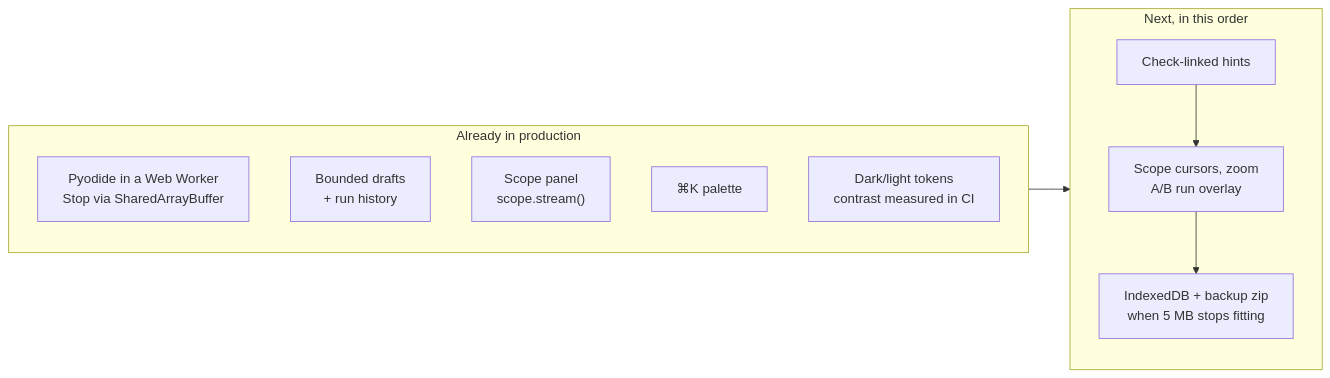
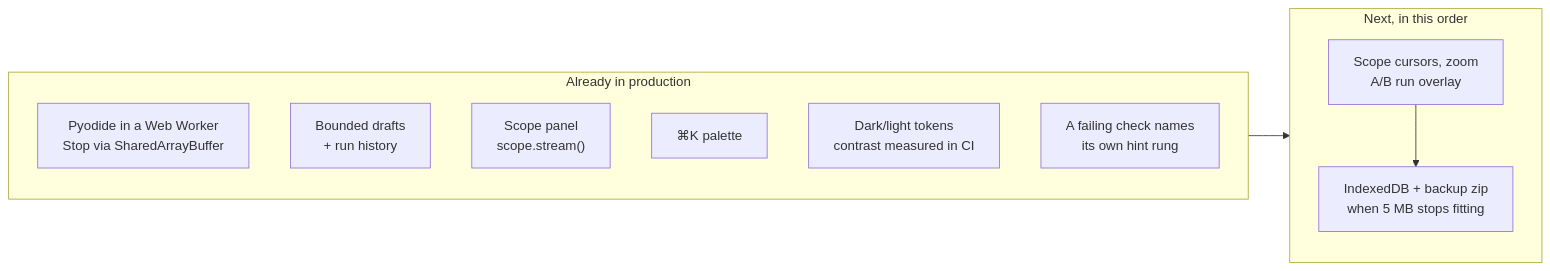
The diagram in docs/PLAN-2.0-GAP.md (TLE47/Mechatronics-Roadmap), drawn with Mermaid before and after one commit. The commit also changed other lines of this file and 9 other files, not shown here.

First line of the commit message:
Name the failing check, and the hint that answers it

````diff
--- a/docs/PLAN-2.0-GAP.md
+++ b/docs/PLAN-2.0-GAP.md
@@ -8,15 +8,16 @@
 ```mermaid
 flowchart LR
     subgraph shipped["Already in production"]
         W["Pyodide in a Web Worker<br/>Stop via SharedArrayBuffer"]
         D["Bounded drafts<br/>+ run history"]
         S["Scope panel<br/>scope.stream()"]
         P["⌘K palette"]
         T["Dark/light tokens<br/>contrast measured in CI"]
+        H["A failing check names<br/>its own hint rung"]
     end
     subgraph next["Next, in this order"]
-        H["Check-linked hints"] --> A["Scope cursors, zoom<br/>A/B run overlay"]
+        A["Scope cursors, zoom<br/>A/B run overlay"]
         A --> X["IndexedDB + backup zip<br/>when 5 MB stops fitting"]
     end
     shipped --> next
 ```
````
